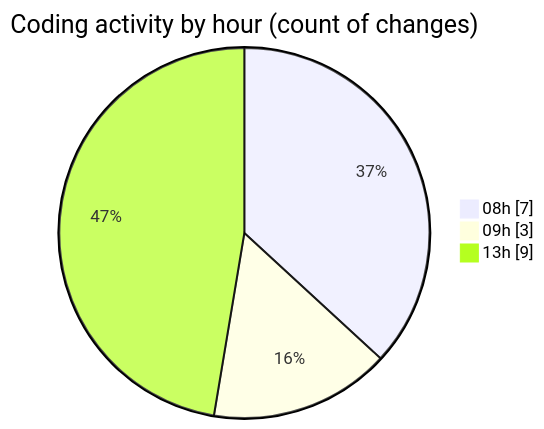
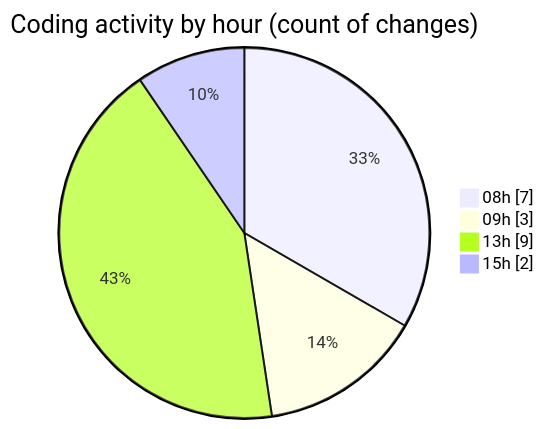
One commit to NitaiMahat/code-tracking changed the second of 2 diagrams in 2025-02-27/coding_prac_8/README.md. Above: the diagram before and after it, drawn with Mermaid. The commit also changed other lines of this file and 1 other file, not shown here.

````diff
--- a/2025-02-27/coding_prac_8/README.md
+++ b/2025-02-27/coding_prac_8/README.md
@@ -31,7 +32,8 @@
 ```mermaid
 pie showData
 title Coding activity by hour (count of changes)
 "08h" : 7
 "09h" : 3
 "13h" : 9
+"15h" : 2
 ```
````
